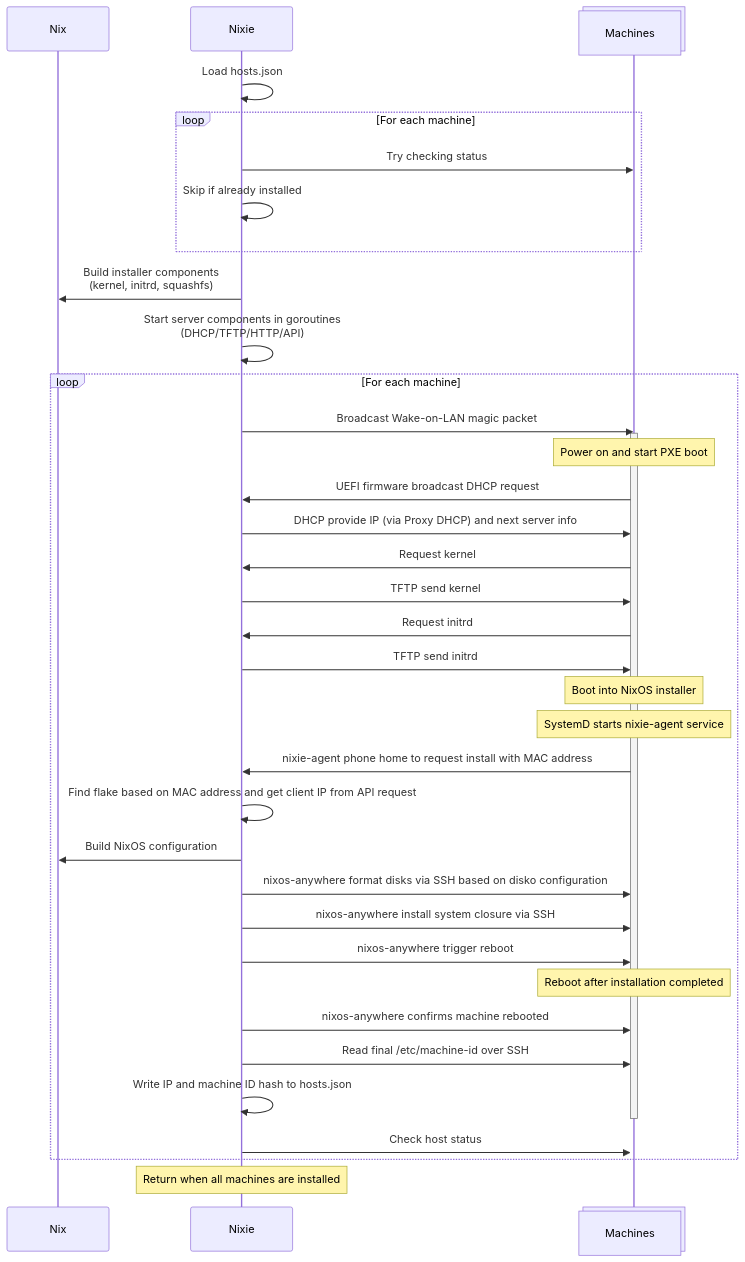
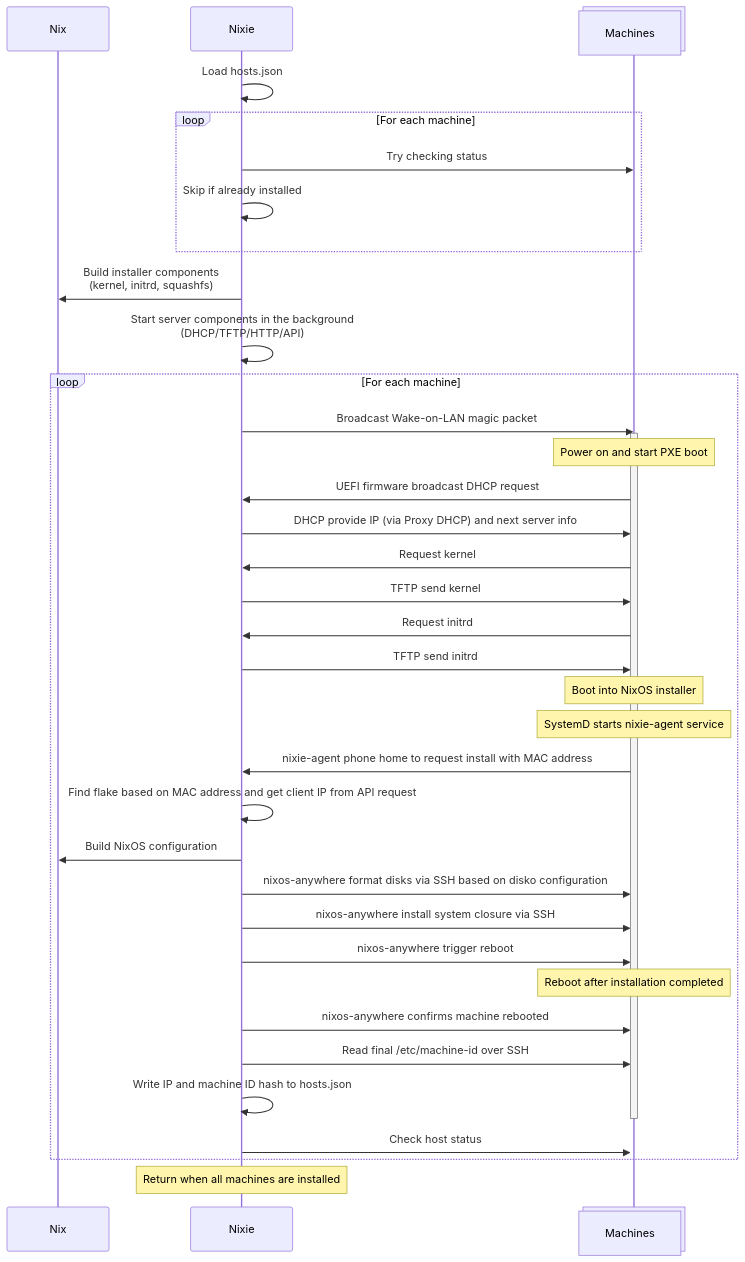
Before and after one commit to khuedoan/nixie: the diagram in README.md, drawn with Mermaid. The commit also changed other lines of this file and 73 other files, not shown here.

````diff
--- a/README.md
+++ b/README.md
@@ -113,53 +114,53 @@
 ```mermaid
 sequenceDiagram
     participant Nix
     participant Nixie
     participant Machines@{ "type" : "collections" }
 
     Nixie->>Nixie: Load hosts.json
 
     loop For each machine
     Nixie->>Machines: Try checking status
     Nixie->>Nixie: Skip if already installed
     end
 
     Nixie->>Nix: Build installer components<br/>(kernel, initrd, squashfs)
-    Nixie->>Nixie: Start server components in goroutines<br/>(DHCP/TFTP/HTTP/API)
+    Nixie->>Nixie: Start server components in the background<br/>(DHCP/TFTP/HTTP/API)
 
     loop For each machine
         Nixie->>Machines: Broadcast Wake-on-LAN magic packet
 
         activate Machines
 
         Note over Machines: Power on and start PXE boot
 
         Machines->>Nixie: UEFI firmware broadcast DHCP request
         Nixie->>Machines: DHCP provide IP (via Proxy DHCP) and next server info
         Machines->>Nixie: Request kernel
         Nixie->>Machines: TFTP send kernel
         Machines->>Nixie: Request initrd
         Nixie->>Machines: TFTP send initrd
 
         Note over Machines: Boot into NixOS installer
         Note over Machines: SystemD starts nixie-agent service
         Machines->>Nixie: nixie-agent phone home to request install with MAC address
         Nixie->>Nixie: Find flake based on MAC address and get client IP from API request
         Nixie->>Nix: Build NixOS configuration
         Nixie->>Machines: nixos-anywhere format disks via SSH based on disko configuration
         Nixie->>Machines: nixos-anywhere install system closure via SSH
         Nixie->>Machines: nixos-anywhere trigger reboot
 
         Note over Machines: Reboot after installation completed
 
         Nixie->>Machines: nixos-anywhere confirms machine rebooted
         Nixie->>Machines: Read final /etc/machine-id over SSH
         Nixie->>Nixie: Write IP and machine ID hash to hosts.json
         deactivate Machines
 
         activate Machines
 
         Nixie->>Machines: Check host status
     end
 
     Note over Nixie: Return when all machines are installed
 ```
````
